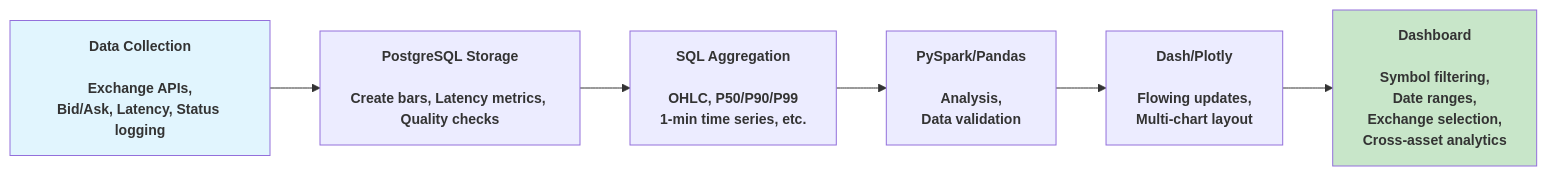
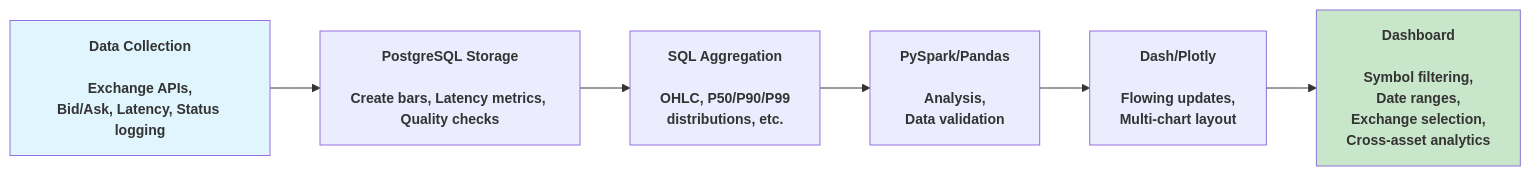
The diagram in README.md (Chicago-tr/ExchangeAggregator), drawn with Mermaid before and after one commit.

````diff
--- a/README.md
+++ b/README.md
@@ -19,17 +19,17 @@
 ```mermaid
 graph LR
     
     A[Data Collection<br/><br/>Exchange APIs,<br/>Bid/Ask, Latency, Status logging] --> B[PostgreSQL Storage<br/><br/>Create bars, Latency metrics, Quality checks<br/>]
     
-    B --> C[SQL Aggregation<br/><br/>OHLC, P50/P90/P99<br/>1-min time series, etc.]
+    B --> C[SQL Aggregation<br/><br/>OHLC, P50/P90/P99<br/>distributions, etc.]
     
     C --> D[PySpark/Pandas<br/><br/>Analysis,<br/>Data validation]
     D --> E[Dash/Plotly<br/><br/>Flowing updates,<br/>Multi-chart layout<br/>]
     E --> F[Dashboard<br/><br/>Symbol filtering,<br/>Date ranges,<br/>Exchange selection,<br/>Cross-asset analytics]
     
     
     style A fill:#e1f5fe
     style F fill:#c8e6c9
     classDef title font-size:14px,font-weight:bold,color:#333
     class A,B,C,D,E,F title
 ```
````
